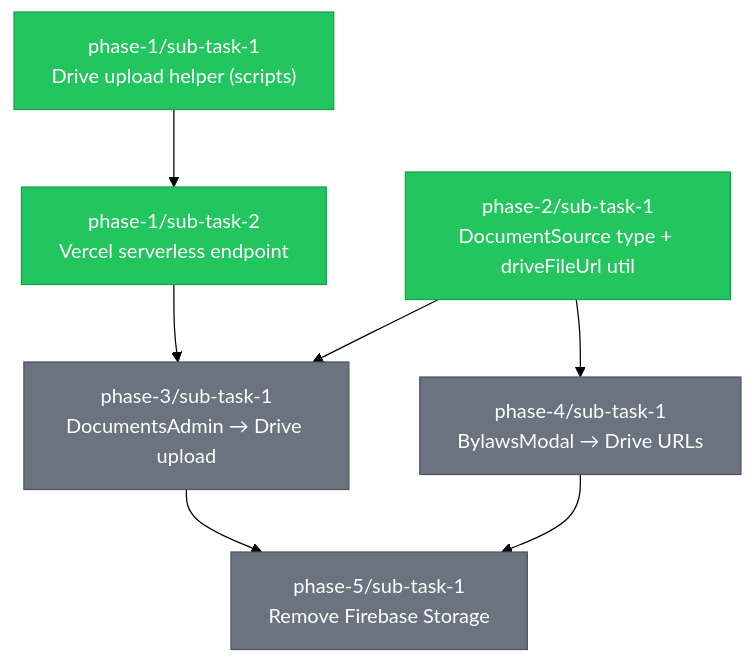
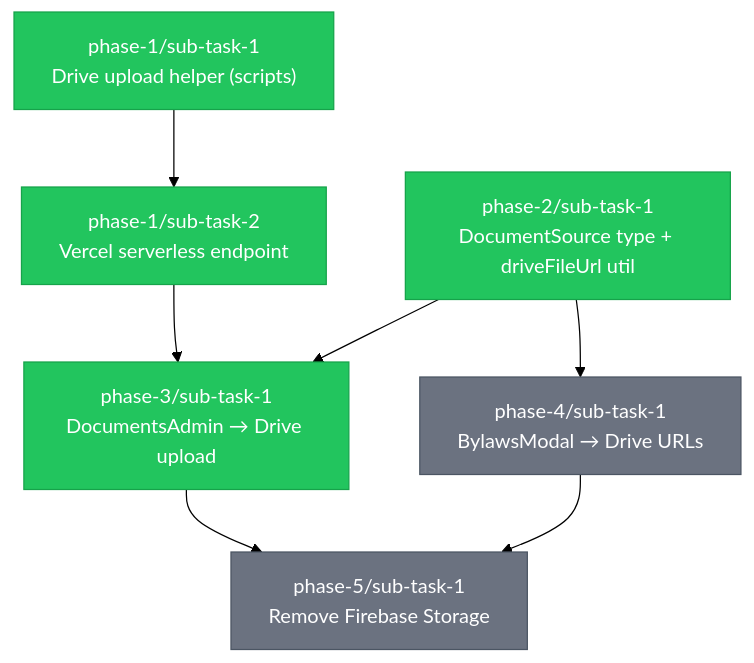
One commit to Bagwell-Oil-Imaging/late-night-happy-hour-league-site changed the diagram in .claude/tasks/TASKS.md. Above: the diagram before and after it, drawn with Mermaid (forest theme). The commit also changed other lines of this file and 1 other file, not shown here.

````diff
--- a/.claude/tasks/TASKS.md
+++ b/.claude/tasks/TASKS.md
@@ -18,40 +18,40 @@
 ```mermaid
 graph TD
     %% Phase 1: Infrastructure
     P1T1["phase-1/sub-task-1<br/>Drive upload helper (scripts)"]
     P1T2["phase-1/sub-task-2<br/>Vercel serverless endpoint"]
 
     %% Phase 2: Types & Utilities
     P2T1["phase-2/sub-task-1<br/>DocumentSource type + driveFileUrl util"]
 
     %% Phase 3: Admin UI
     P3T1["phase-3/sub-task-1<br/>DocumentsAdmin → Drive upload"]
 
     %% Phase 4: Frontend
     P4T1["phase-4/sub-task-1<br/>BylawsModal → Drive URLs"]
 
     %% Phase 5: Cleanup
     P5T1["phase-5/sub-task-1<br/>Remove Firebase Storage"]
 
     %% Dependencies
     P1T1 --> P1T2
     P1T2 --> P3T1
     P2T1 --> P3T1
     P2T1 --> P4T1
     P3T1 --> P5T1
     P4T1 --> P5T1
 
     %% Status styling
     classDef completed fill:#22c55e,stroke:#16a34a,color:#fff
     classDef inprogress fill:#eab308,stroke:#ca8a04,color:#fff
     classDef pending fill:#6b7280,stroke:#4b5563,color:#fff
     classDef blocked fill:#ef4444,stroke:#dc2626,color:#fff
 
     %% Apply status classes
     class P1T1 completed
     class P1T2 completed
     class P2T1 completed
-    class P3T1 pending
+    class P3T1 completed
     class P4T1 pending
     class P5T1 pending
 ```
````
